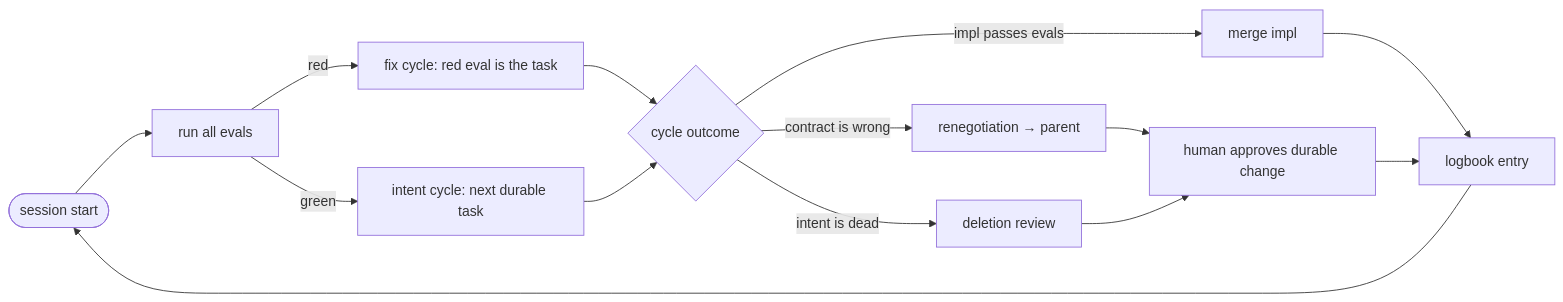
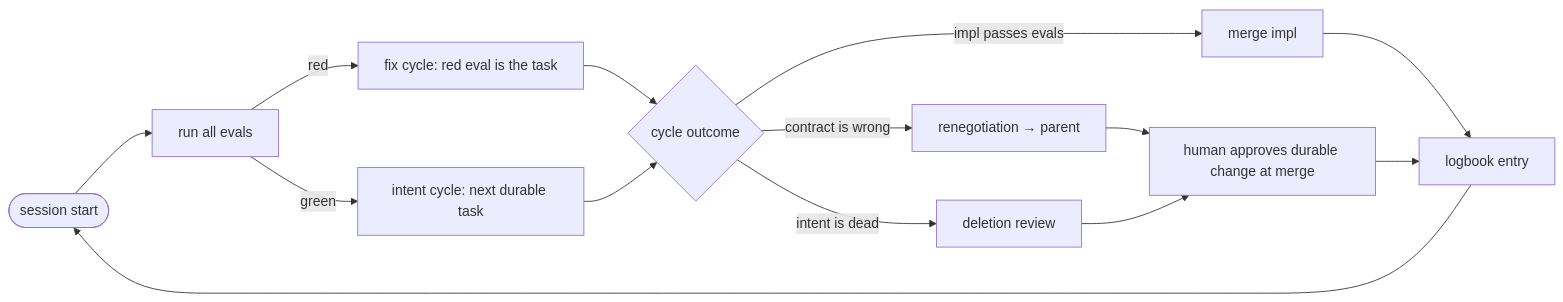
One commit to celom/hal changed the diagram in docs/rationale.md. Above: the diagram before and after it, drawn with Mermaid. The commit also changed 8 other files, not shown here.

Commit message:
meta: switch git flow from approve/accept commits to branch merges

````diff
--- a/docs/rationale.md
+++ b/docs/rationale.md
@@ -43,16 +43,16 @@
 ```mermaid
 flowchart LR
     S([session start]) --> E[run all evals]
     E -->|red| F[fix cycle: red eval is the task]
     E -->|green| I[intent cycle: next durable task]
     F --> O{cycle outcome}
     I --> O
     O -->|impl passes evals| M[merge impl]
     O -->|contract is wrong| R[renegotiation → parent]
     O -->|intent is dead| A[deletion review]
-    R --> H[human approves durable change]
+    R --> H[human approves durable change at merge]
     A --> H
     M --> N[logbook entry]
     H --> N
     N --> S
 ```
````
